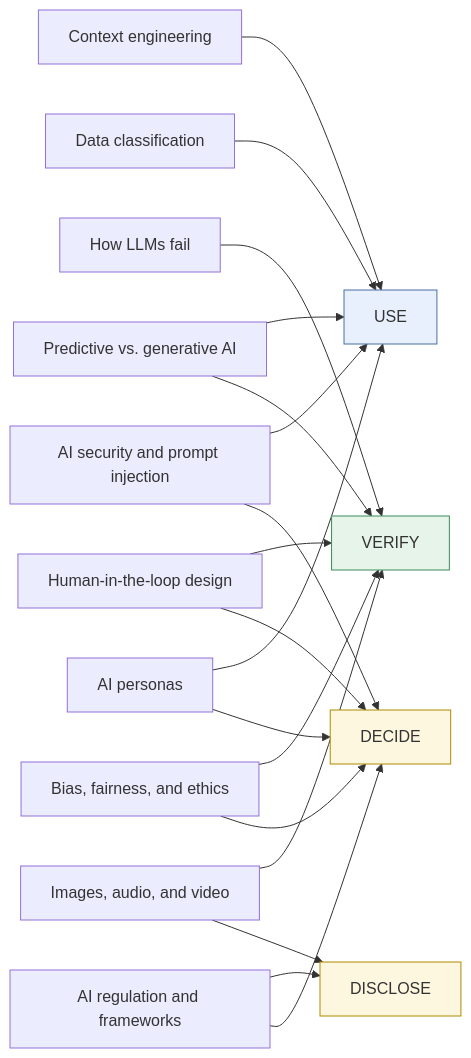
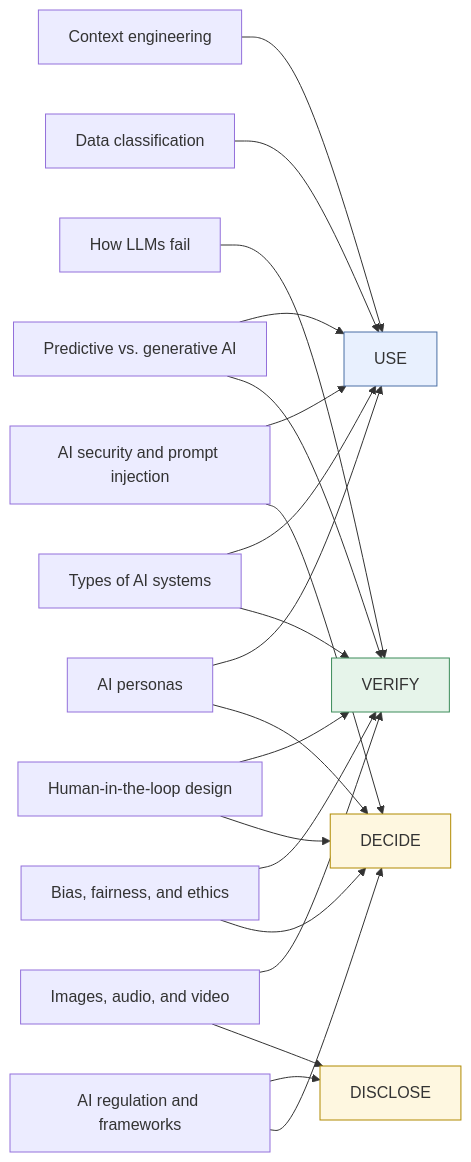
One commit to clarkngo/applied-ai-field-guide changed the diagram in docs/foundations/index.md. Above: the diagram before and after it, drawn with Mermaid. The commit also changed other lines of this file and 7 other files, not shown here.

First line of the commit message:
Add Types of AI systems page

````diff
--- a/docs/foundations/index.md
+++ b/docs/foundations/index.md
@@ -15,26 +15,28 @@
 ```mermaid
 flowchart LR
   CE["Context engineering"] --> U["USE"]
   DC["Data classification"] --> U
   LF["How LLMs fail"] --> V["VERIFY"]
   HL["Human-in-the-loop design"] --> V
   HL --> D["DECIDE"]
   BE["Bias, fairness, and ethics"] --> V
   BE --> D
   SEC["AI security and prompt injection"] --> U
   SEC --> D
   PER["AI personas"] --> U
   PER --> D
   REG["AI regulation and frameworks"] --> D1["DISCLOSE"]
   REG --> D
   MM["Images, audio, and video"] --> V
   MM --> D1
   PG["Predictive vs. generative AI"] --> U
   PG --> V
+  TY["Types of AI systems"] --> U
+  TY --> V
   classDef use fill:#e8f0fe,stroke:#4a6fa5;
   classDef verify fill:#e6f4ea,stroke:#3c8c5a;
   classDef dd fill:#fef7e0,stroke:#b08900;
   class U use;
   class V verify;
   class D,D1 dd;
 ```
````
